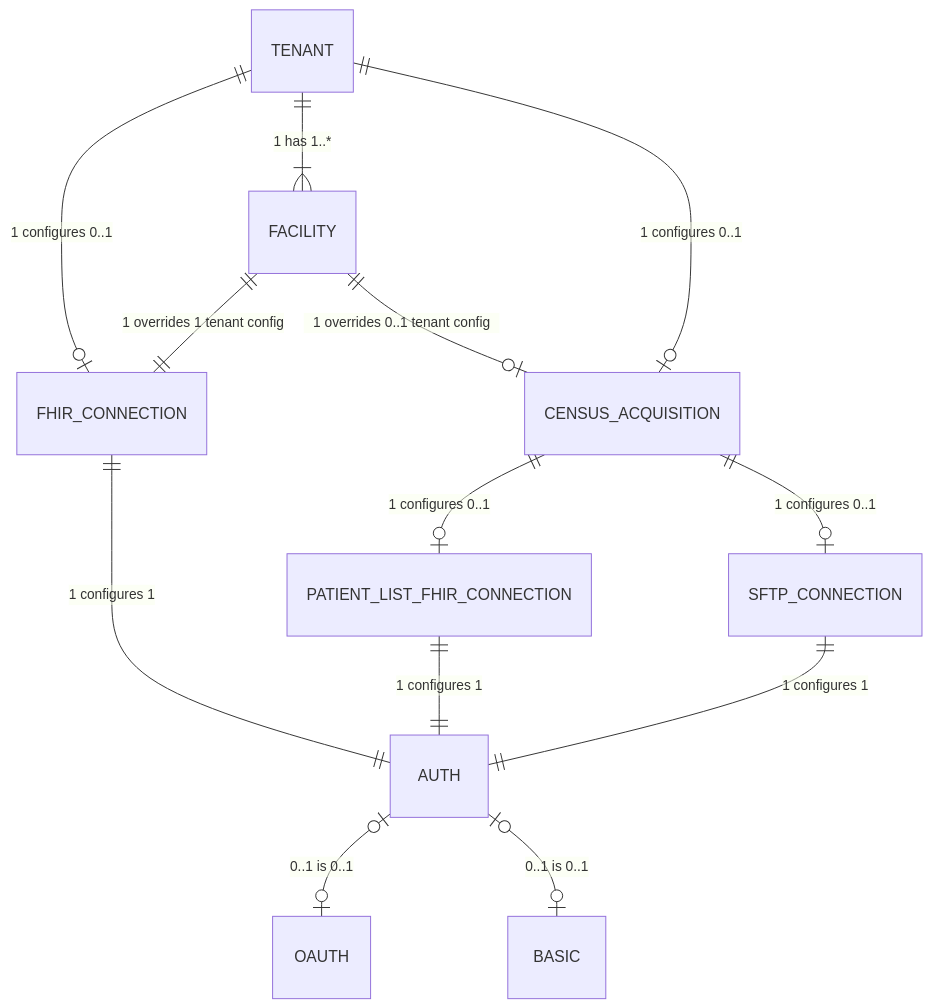
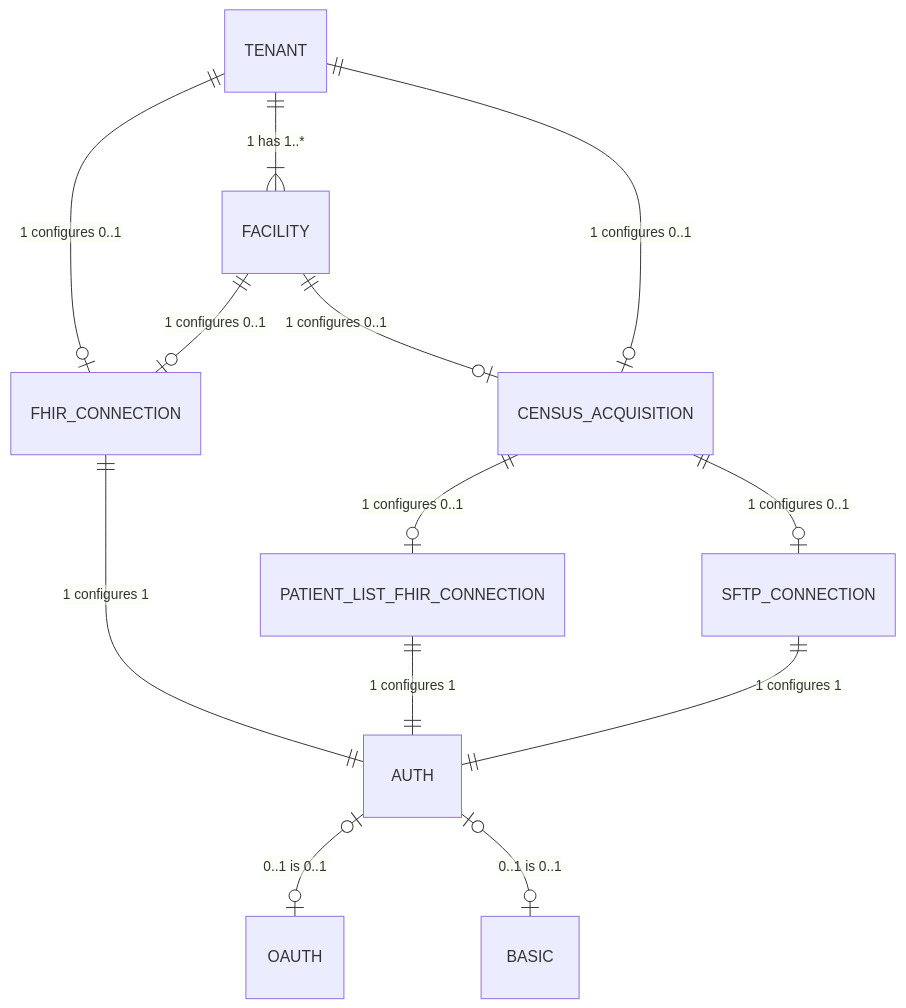
Before and after one commit to lantanagroup/link-cloud: the fifth of 9 diagrams in docs/docs/proposals/tenant-multi-facility-proposal.mdx, drawn with Mermaid. The commit also changed other lines of this file, not shown here.

Commit message:
Misc updates to graphs and spell checking

````diff
--- a/docs/docs/proposals/tenant-multi-facility-proposal.mdx
+++ b/docs/docs/proposals/tenant-multi-facility-proposal.mdx
@@ -241,18 +240,18 @@
 ```mermaid
 
 erDiagram
 	direction TB
 	TENANT||--o|FHIR_CONNECTION:"1 configures 0..1"
 	TENANT||--|{FACILITY:"1 has 1..*"
-	FACILITY||--||FHIR_CONNECTION:"1 overrides 1 tenant config"
+	FACILITY||--o|FHIR_CONNECTION:"1 configures 0..1"
 	TENANT||--o|CENSUS_ACQUISITION:"1 configures 0..1"
-	FACILITY||--o|CENSUS_ACQUISITION:"1 overrides 0..1 tenant config"
+	FACILITY||--o|CENSUS_ACQUISITION:"1 configures 0..1"
 	CENSUS_ACQUISITION||--o|PATIENT_LIST_FHIR_CONNECTION:"1 configures 0..1"
 	CENSUS_ACQUISITION||--o|SFTP_CONNECTION:"1 configures 0..1"
 	PATIENT_LIST_FHIR_CONNECTION||--||AUTH:"1 configures 1"
 	FHIR_CONNECTION||--||AUTH:"1 configures 1"
 	SFTP_CONNECTION||--||AUTH:"1 configures 1"
 	AUTH|o--o|OAUTH:"0..1 is 0..1"
 	AUTH|o--o|BASIC:"0..1 is 0..1"
 
 ```
````
